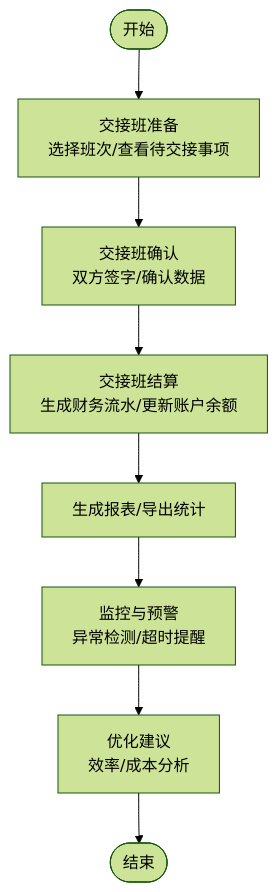
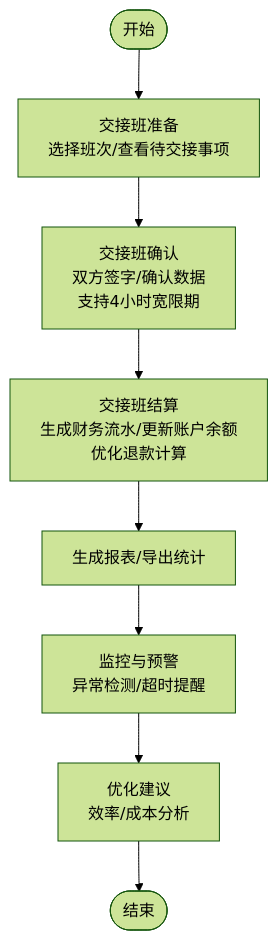
Before and after one commit to rc558620/purelyprofit-server: the third of 16 diagrams in .qoder/repowiki/zh/content/业务模块/运营管理模块/交接班管理.md, drawn with Mermaid (forest theme). The commit also changed other lines of this file and 19 other files, not shown here.

````diff
--- a/.qoder/repowiki/zh/content/业务模块/运营管理模块/交接班管理.md
+++ b/.qoder/repowiki/zh/content/业务模块/运营管理模块/交接班管理.md
@@ -239,10 +240,10 @@
 ```mermaid
 flowchart TD
 Start(["开始"]) --> Prepare["交接班准备<br/>选择班次/查看待交接事项"]
-Prepare --> Confirm["交接班确认<br/>双方签字/确认数据"]
-Confirm --> Settle["交接班结算<br/>生成财务流水/更新账户余额"]
+Prepare --> Confirm["交接班确认<br/>双方签字/确认数据<br/>支持4小时宽限期"]
+Confirm --> Settle["交接班结算<br/>生成财务流水/更新账户余额<br/>优化退款计算"]
 Settle --> Report["生成报表/导出统计"]
 Report --> Monitor["监控与预警<br/>异常检测/超时提醒"]
 Monitor --> Optimize["优化建议<br/>效率/成本分析"]
 Optimize --> End(["结束"])
 ```
````
